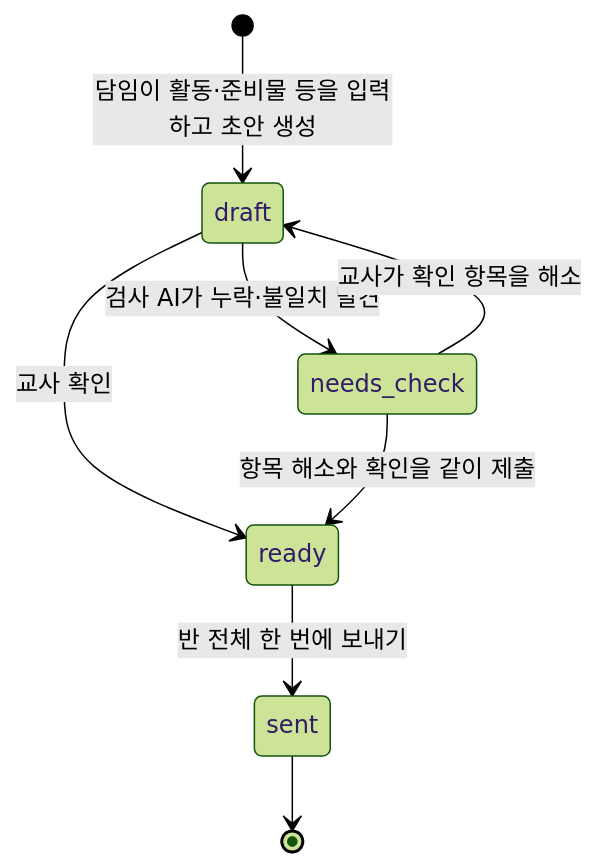
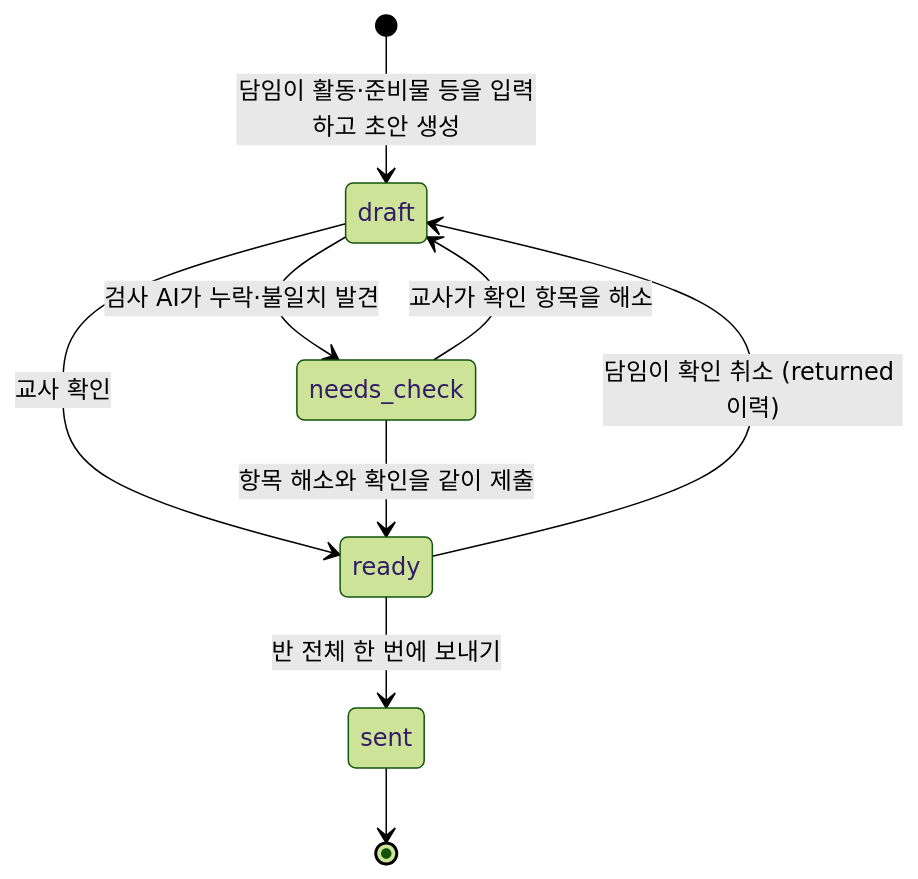
One commit to aio-final-2team/FinalProject_2Team changed the fifth of 5 diagrams in Docs/Step2/유치온_T04_흐름권한명세.md. Above: the diagram before and after it, drawn with Mermaid (forest theme). The commit also changed other lines of this file and 3 other files, not shown here.

````diff
--- a/Docs/Step2/유치온_T04_흐름권한명세.md
+++ b/Docs/Step2/유치온_T04_흐름권한명세.md
@@ -247,10 +247,11 @@
 ```mermaid
 stateDiagram-v2
     [*] --> draft: 담임이 활동·준비물 등을 입력하고 초안 생성
     draft --> needs_check: 검사 AI가 누락·불일치 발견
     draft --> ready: 교사 확인
     needs_check --> draft: 교사가 확인 항목을 해소
     needs_check --> ready: 항목 해소와 확인을 같이 제출
+    ready --> draft: 담임이 확인 취소 (returned 이력)
     ready --> sent: 반 전체 한 번에 보내기
     sent --> [*]
 ```
````
